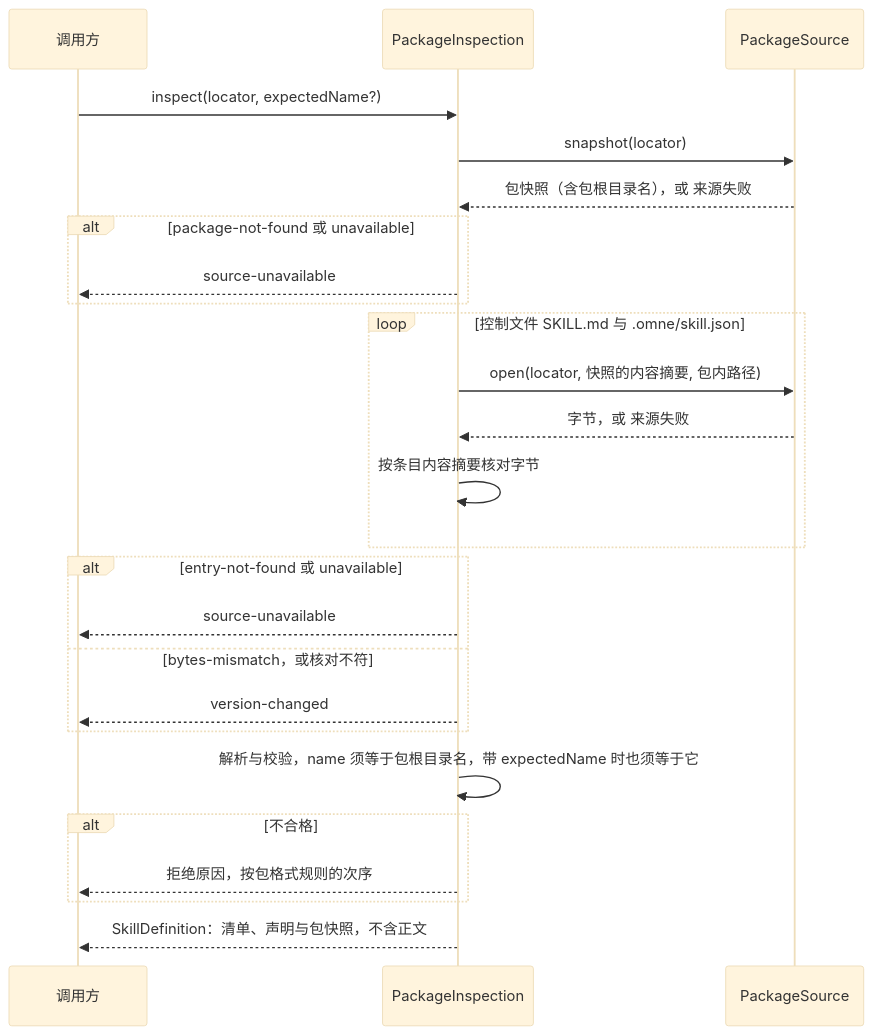
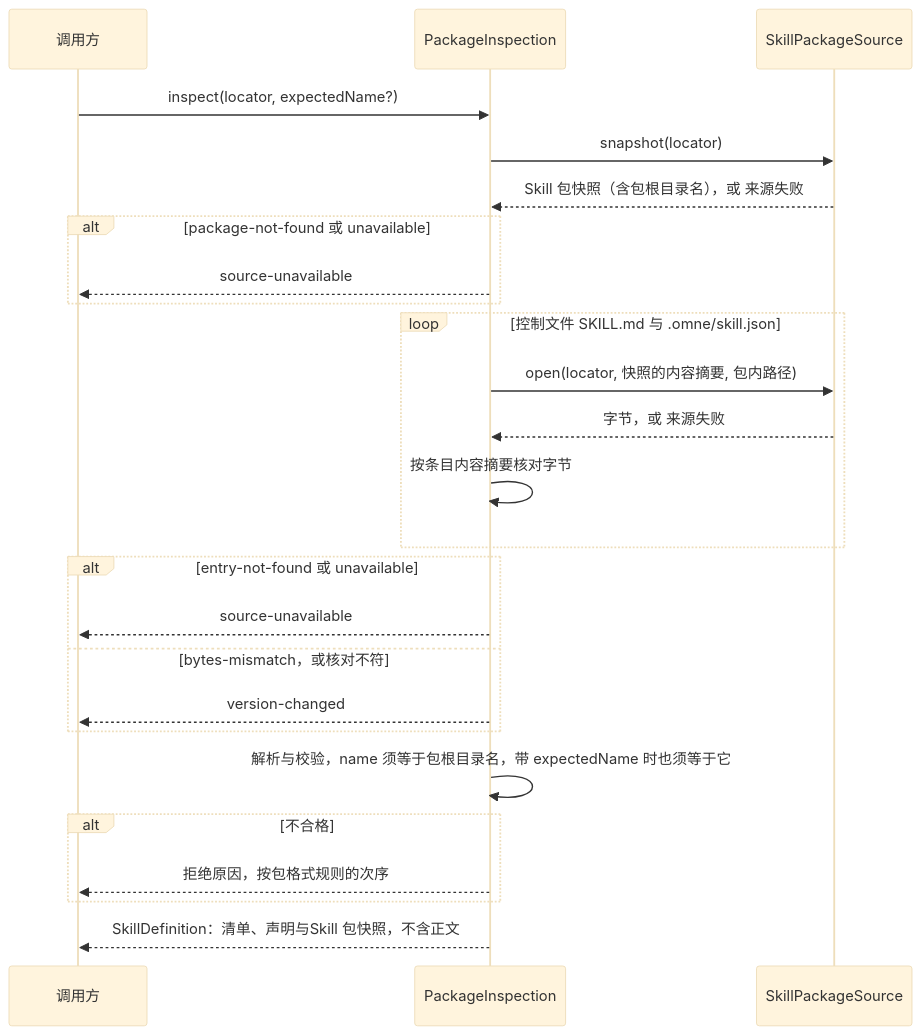
Before and after one commit to nemori-ai/omne-harness-lite: the first of 4 diagrams in packages/skills/docs/key-flows.md, drawn with Mermaid (base theme). The commit also changed other lines of this file and 8 other files, not shown here.

First line of the commit message:
docs(skills): 三个新词加 Skill 前缀：Skill 包快照、Skill 包来源、Skill 材料依据

````diff
--- a/packages/skills/docs/key-flows.md
+++ b/packages/skills/docs/key-flows.md
@@ -9,27 +9,27 @@
 ```mermaid
 sequenceDiagram
   participant C as 调用方
   participant I as PackageInspection
-  participant S as PackageSource
+  participant S as SkillPackageSource
   C->>I: inspect(locator, expectedName?)
   I->>S: snapshot(locator)
-  S-->>I: 包快照（含包根目录名），或 来源失败
+  S-->>I: Skill 包快照（含包根目录名），或 来源失败
   alt package-not-found 或 unavailable
     I-->>C: source-unavailable
   end
   loop 控制文件 SKILL.md 与 .omne/skill.json
     I->>S: open(locator, 快照的内容摘要, 包内路径)
     S-->>I: 字节，或 来源失败
     I->>I: 按条目内容摘要核对字节
   end
   alt entry-not-found 或 unavailable
     I-->>C: source-unavailable
   else bytes-mismatch，或核对不符
     I-->>C: version-changed
   end
   I->>I: 解析与校验，name 须等于包根目录名，带 expectedName 时也须等于它
   alt 不合格
     I-->>C: 拒绝原因，按包格式规则的次序
   end
-  I-->>C: SkillDefinition：清单、声明与包快照，不含正文
+  I-->>C: SkillDefinition：清单、声明与Skill 包快照，不含正文
 ```
````
